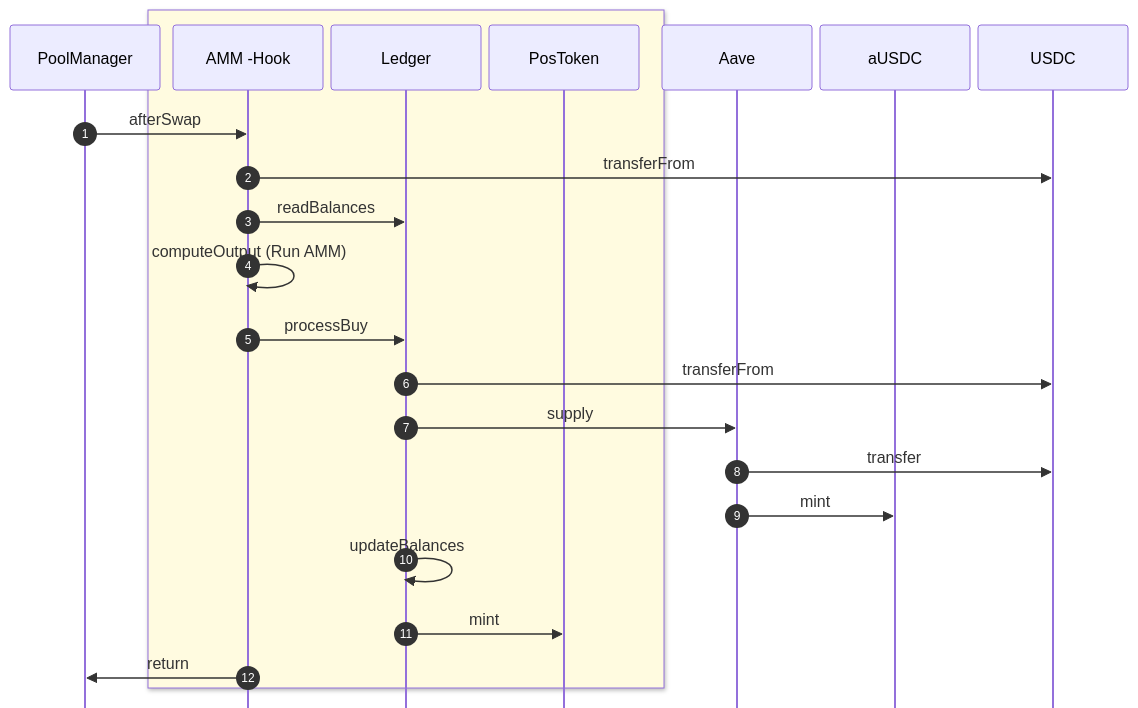
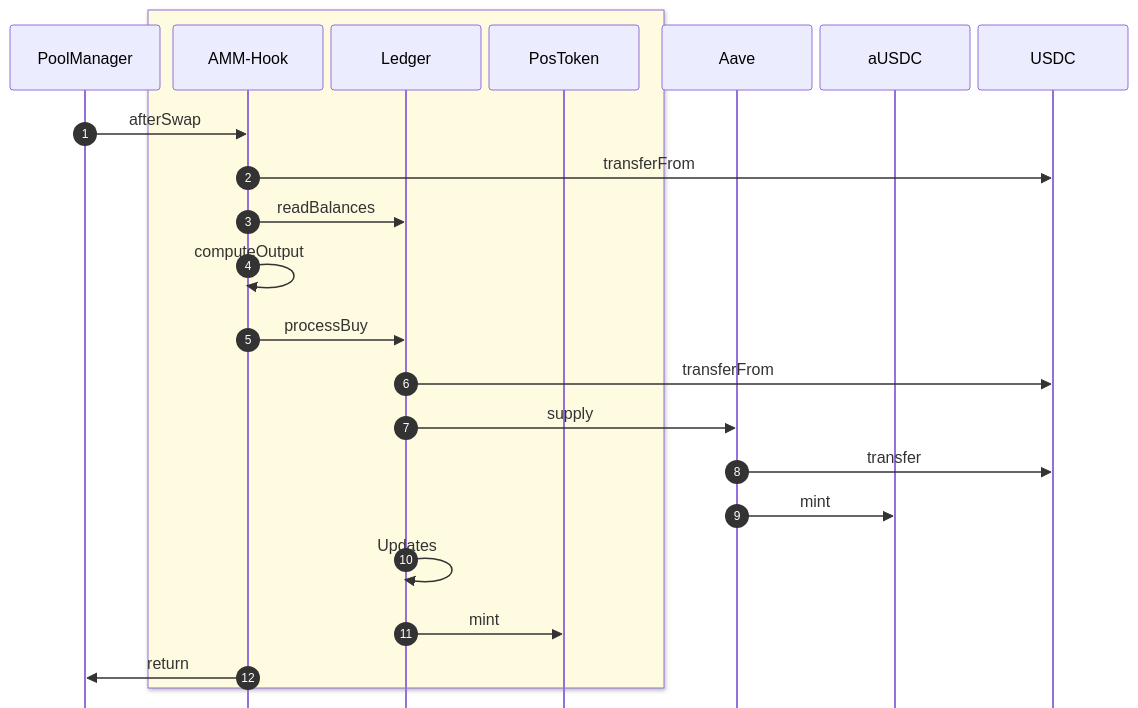
Before and after one commit to RichieRob/PredictionPerpsDocs: the first of 2 diagrams in docs/TransactionFlowChart.md, drawn with Mermaid. The commit also changed other lines of this file and 74 other files, not shown here.

````diff
--- a/docs/TransactionFlowChart.md
+++ b/docs/TransactionFlowChart.md
@@ -134,29 +42,29 @@
 ```mermaid
 %%{init: {"sequence": {"actorMargin": 8, "messageMargin": 6, "diagramPadding": 2, "mirrorActors": false}}}%%
 sequenceDiagram
     autonumber
     participant PM as PoolManager
     
     box rgb(255, 251, 224)
-      participant H as AMM -Hook
+      participant H as AMM-Hook
       participant LG as Ledger
       participant PT as PosToken
     end
 
     participant AV as Aave
     participant aU as aUSDC
     participant USD as USDC
     
     PM->>H: afterSwap
     H->>USD: transferFrom
     H->>LG: readBalances
-    H->>H: computeOutput (Run AMM)
+    H->>H: computeOutput
     H->>LG: processBuy
     LG->>USD: transferFrom
     LG->>AV: supply
     AV->>USD: transfer
-    AV->>aU: mint 
-    LG->>LG: updateBalances 
+    AV->>aU: mint
+    LG->>LG: Updates
     LG->>PT: mint
     H->>PM: return
 ```
````
